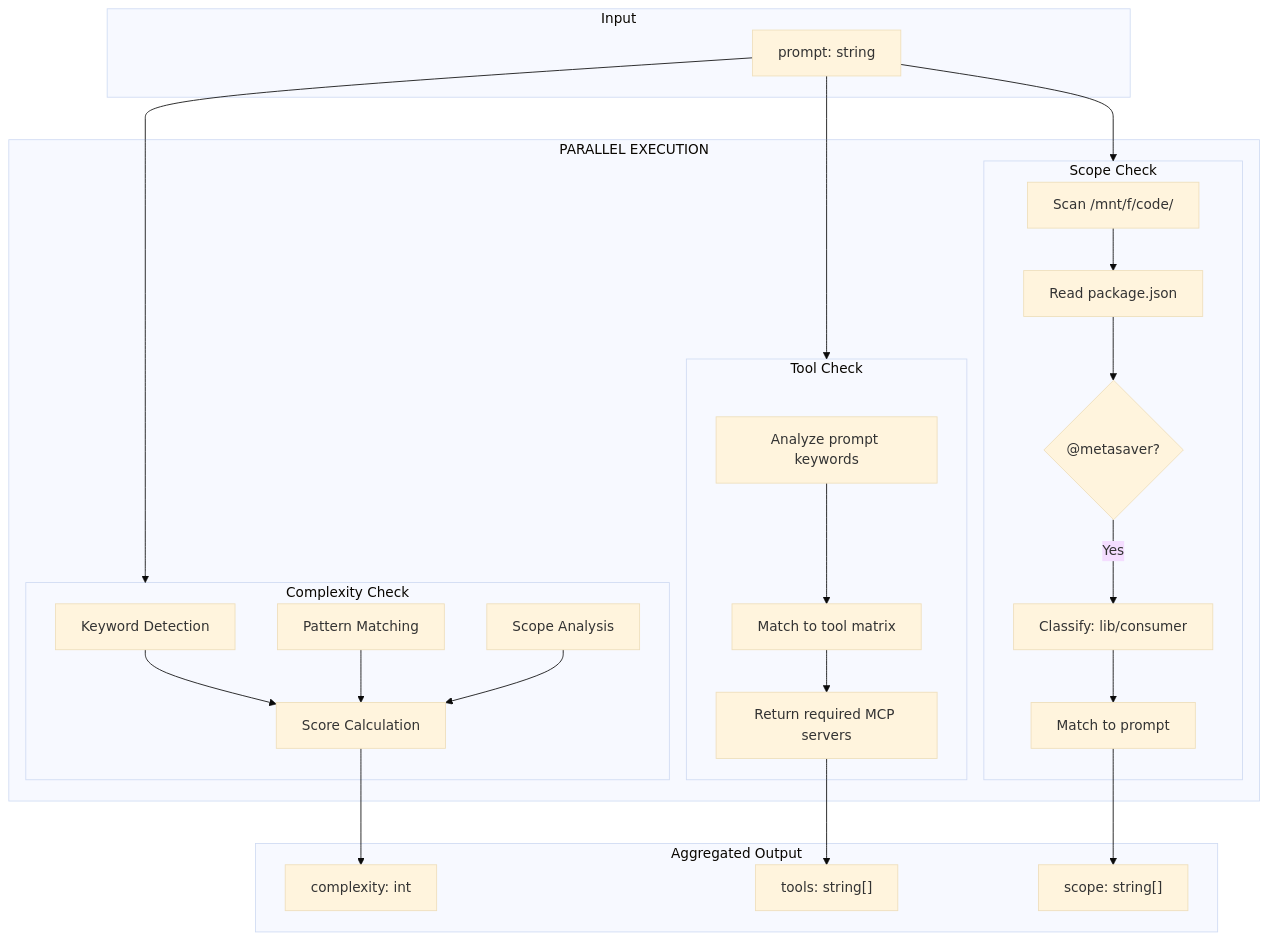
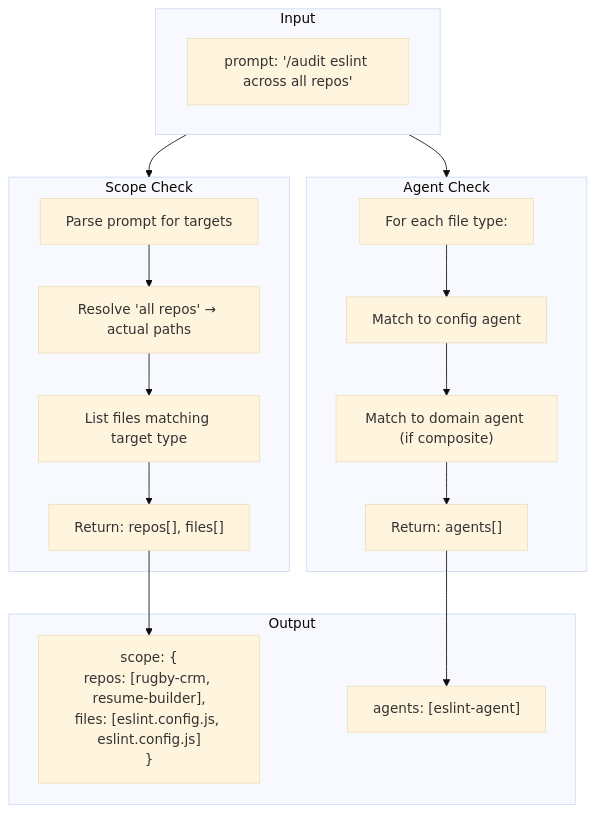
One commit to metasaver/metasaver-marketplace changed the third of 8 diagrams in docs/audit-command-target-state.md. Above: the diagram before and after it, drawn with Mermaid (base theme). The commit also changed other lines of this file and 66 other files, not shown here.

First line of the commit message:
Refactor `/ms` command target state and introduce no-barrel architecture

````diff
--- a/docs/audit-command-target-state.md
+++ b/docs/audit-command-target-state.md
@@ -331,49 +207,32 @@
 ```mermaid
 flowchart TB
     subgraph Input["Input"]
-        P["prompt: string"]
+        P["prompt: '/audit eslint across all repos'"]
     end
 
-    subgraph Parallel["PARALLEL EXECUTION"]
-        subgraph Complexity["Complexity Check"]
-            C1["Keyword Detection"]
-            C2["Pattern Matching"]
-            C3["Scope Analysis"]
-            C4["Score Calculation"]
-
-            C1 --> C4
-            C2 --> C4
-            C3 --> C4
-        end
-
-        subgraph Tools["Tool Check"]
-            T1["Analyze prompt keywords"]
-            T2["Match to tool matrix"]
-            T3["Return required MCP servers"]
-
-            T1 --> T2 --> T3
-        end
-
-        subgraph Scope["Scope Check"]
-            S1["Scan /mnt/f/code/"]
-            S2["Read package.json"]
-            S3{"@metasaver?"}
-            S4["Classify: lib/consumer"]
-            S5["Match to prompt"]
-
-            S1 --> S2 --> S3
-            S3 -->|"Yes"| S4 --> S5
-        end
+    subgraph ScopeCheck["Scope Check"]
+        S1["Parse prompt for targets"]
+        S2["Resolve 'all repos' → actual paths"]
+        S3["List files matching target type"]
+        S4["Return: repos[], files[]"]
     end
 
-    subgraph Output["Aggregated Output"]
-        O1["complexity: int"]
-        O2["tools: string[]"]
-        O3["scope: string[]"]
+    subgraph AgentCheck["Agent Check"]
+        A1["For each file type:"]
+        A2["Match to config agent"]
+        A3["Match to domain agent (if composite)"]
+        A4["Return: agents[]"]
     end
 
-    P --> Complexity & Tools & Scope
-    C4 --> O1
-    T3 --> O2
-    S5 --> O3
+    subgraph Output["Output"]
+        O1["scope: {<br/>repos: [rugby-crm, resume-builder],<br/>files: [eslint.config.js, eslint.config.js]<br/>}"]
+        O2["agents: [eslint-agent]"]
+    end
+
+    Input --> ScopeCheck
+    Input --> AgentCheck
+    S1 --> S2 --> S3 --> S4
+    A1 --> A2 --> A3 --> A4
+    S4 --> O1
+    A4 --> O2
 ```
````
